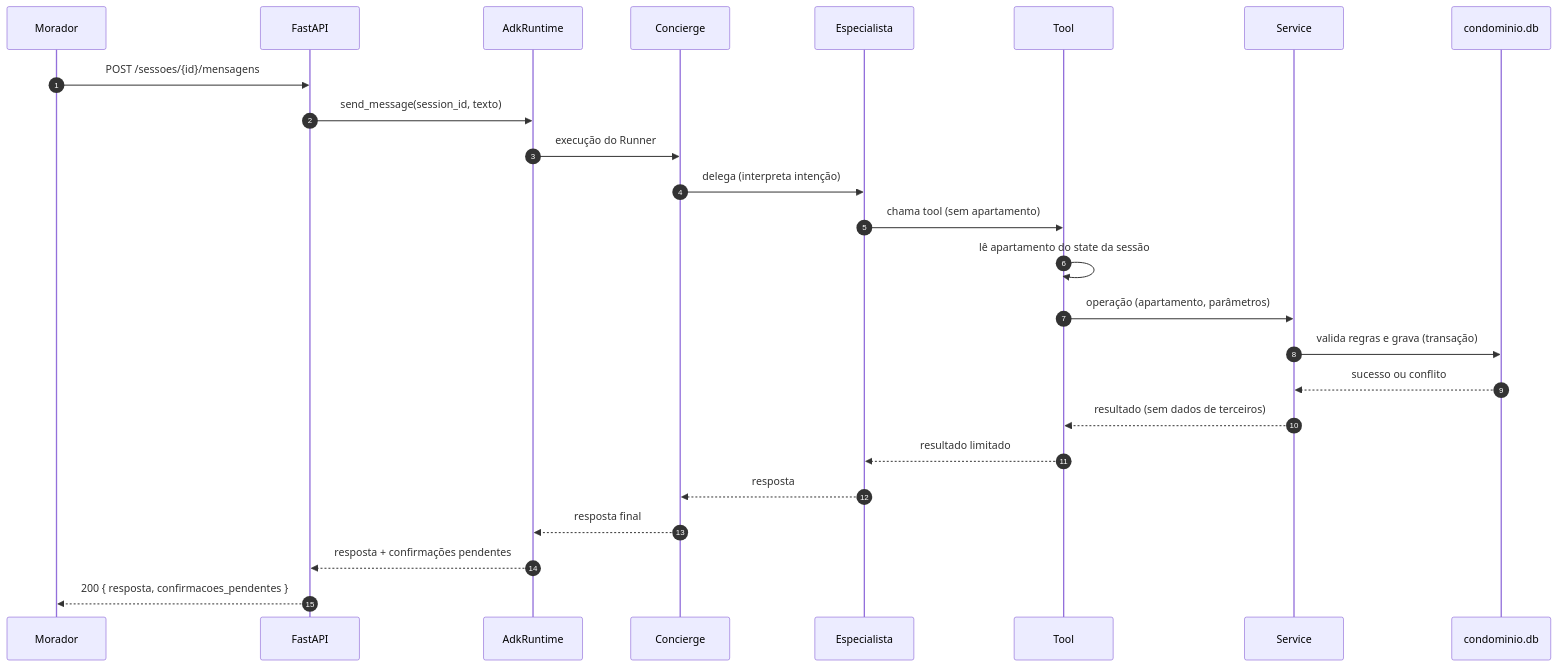
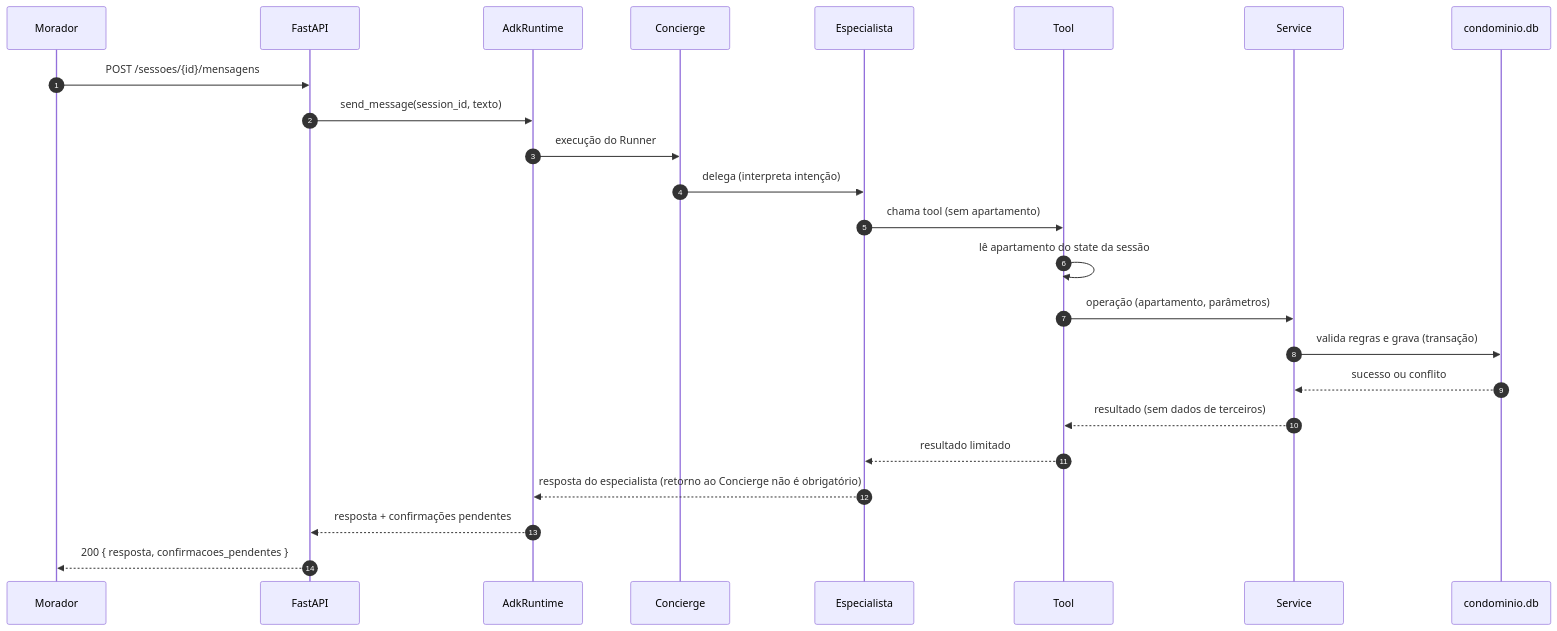
The second of 3 diagrams in docs/arquitetura.md (igorblopes/mba-ia-desafio-criacao-agente), drawn with Mermaid before and after one commit. The commit also changed other lines of this file and 31 other files, not shown here.

````diff
--- a/docs/arquitetura.md
+++ b/docs/arquitetura.md
@@ -270,28 +272,27 @@
 ```mermaid
 sequenceDiagram
     autonumber
     participant M as Morador
     participant API as FastAPI
     participant RT as AdkRuntime
     participant C as Concierge
     participant E as Especialista
     participant T as Tool
     participant S as Service
     participant DB as condominio.db
 
     M->>API: POST /sessoes/{id}/mensagens
     API->>RT: send_message(session_id, texto)
     RT->>C: execução do Runner
     C->>E: delega (interpreta intenção)
     E->>T: chama tool (sem apartamento)
     T->>T: lê apartamento do state da sessão
     T->>S: operação (apartamento, parâmetros)
     S->>DB: valida regras e grava (transação)
     DB-->>S: sucesso ou conflito
     S-->>T: resultado (sem dados de terceiros)
     T-->>E: resultado limitado
-    E-->>C: resposta
-    C-->>RT: resposta final
+    E-->>RT: resposta do especialista (retorno ao Concierge não é obrigatório)
     RT-->>API: resposta + confirmações pendentes
     API-->>M: 200 { resposta, confirmacoes_pendentes }
 ```
````
